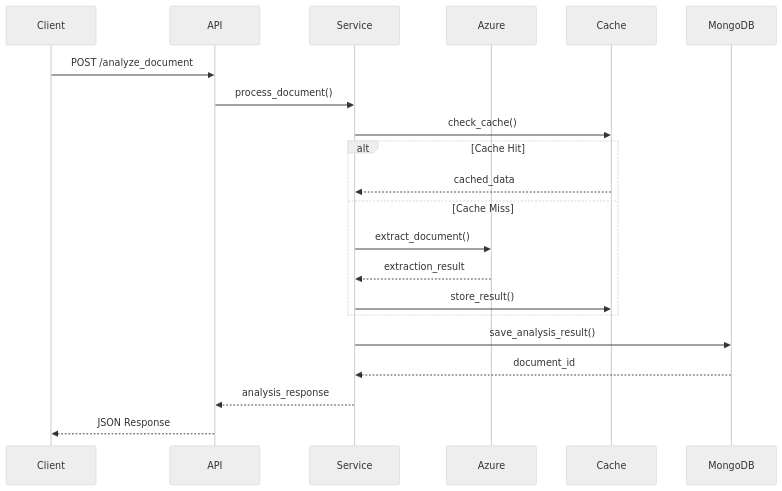
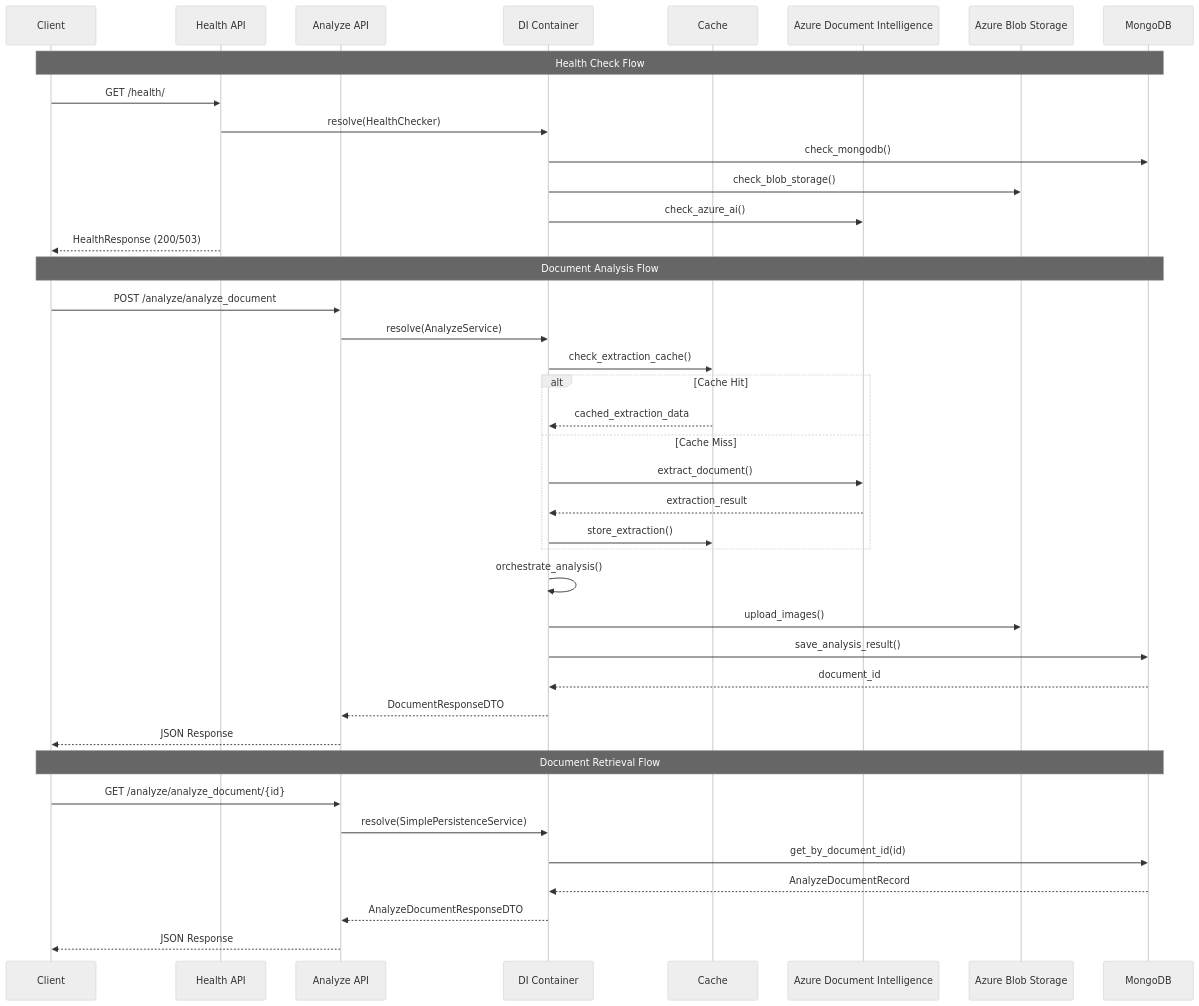
The second of 3 diagrams in docs/ARCHITECTURE.md (Bergami/CriEduc.SmartQuest), drawn with Mermaid (neutral theme) before and after one commit. The commit also changed other lines of this file and 3 other files, not shown here.

````diff
--- a/docs/ARCHITECTURE.md
+++ b/docs/ARCHITECTURE.md
@@ -64,26 +83,47 @@
 ```mermaid
 sequenceDiagram
     participant Client
-    participant API
-    participant Service
-    participant Azure
+    participant HealthAPI as Health API
+    participant AnalyzeAPI as Analyze API
+    participant DI as DI Container
     participant Cache
+    participant Azure_AI as Azure Document Intelligence
+    participant Azure_Blob as Azure Blob Storage
     participant MongoDB
 
-    Client->>API: POST /analyze_document
-    API->>Service: process_document()
-    Service->>Cache: check_cache()
+    Note over Client,MongoDB: Health Check Flow
+    Client->>HealthAPI: GET /health/
+    HealthAPI->>DI: resolve(HealthChecker)
+    DI->>MongoDB: check_mongodb()
+    DI->>Azure_Blob: check_blob_storage()
+    DI->>Azure_AI: check_azure_ai()
+    HealthAPI-->>Client: HealthResponse (200/503)
 
+    Note over Client,MongoDB: Document Analysis Flow
+    Client->>AnalyzeAPI: POST /analyze/analyze_document
+    AnalyzeAPI->>DI: resolve(AnalyzeService)
+    DI->>Cache: check_extraction_cache()
+    
     alt Cache Hit
-        Cache-->>Service: cached_data
+        Cache-->>DI: cached_extraction_data
     else Cache Miss
-        Service->>Azure: extract_document()
-        Azure-->>Service: extraction_result
-        Service->>Cache: store_result()
+        DI->>Azure_AI: extract_document()
+        Azure_AI-->>DI: extraction_result
+        DI->>Cache: store_extraction()
     end
 
-    Service->>MongoDB: save_analysis_result()
-    MongoDB-->>Service: document_id
-    Service-->>API: analysis_response
-    API-->>Client: JSON Response
+    DI->>DI: orchestrate_analysis()
+    DI->>Azure_Blob: upload_images()
+    DI->>MongoDB: save_analysis_result()
+    MongoDB-->>DI: document_id
+    DI-->>AnalyzeAPI: DocumentResponseDTO
+    AnalyzeAPI-->>Client: JSON Response
+
+    Note over Client,MongoDB: Document Retrieval Flow
+    Client->>AnalyzeAPI: GET /analyze/analyze_document/{id}
+    AnalyzeAPI->>DI: resolve(SimplePersistenceService)
+    DI->>MongoDB: get_by_document_id(id)
+    MongoDB-->>DI: AnalyzeDocumentRecord
+    DI-->>AnalyzeAPI: AnalyzeDocumentResponseDTO
+    AnalyzeAPI-->>Client: JSON Response
 ```
````
